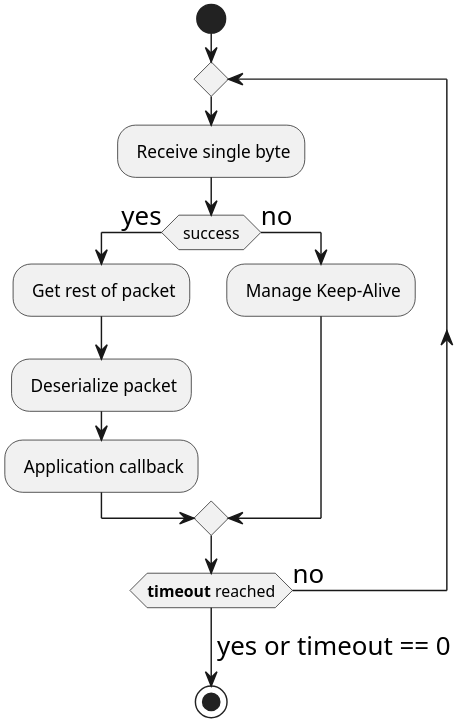
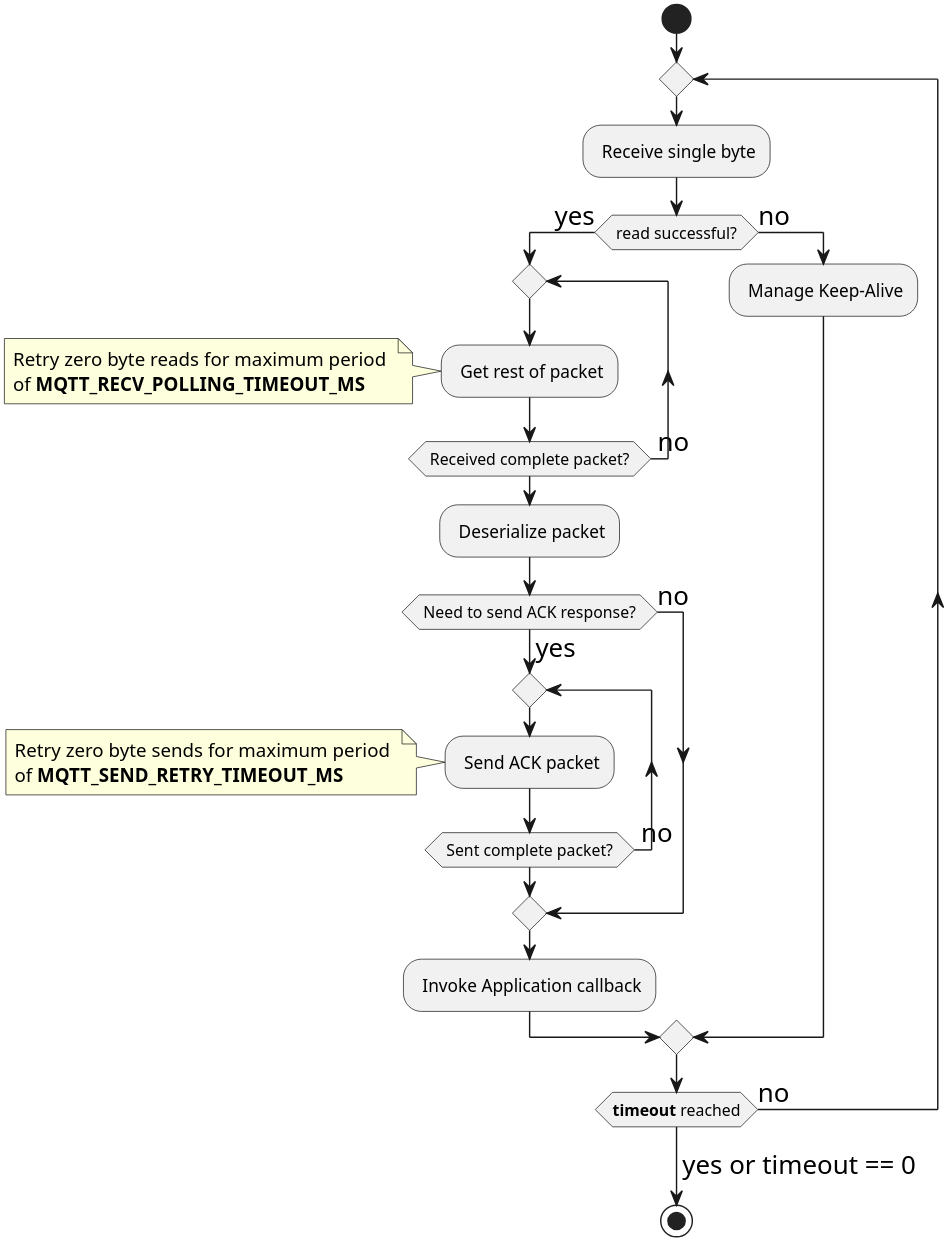
One commit to FreeRTOS/coreMQTT changed the diagram in docs/plantuml/mqtt_processloop_design.pu. Above: the diagram before and after it, drawn with PlantUML. The commit also changed 6 other files, not shown here.

```diff
--- a/docs/plantuml/mqtt_processloop_design.pu
+++ b/docs/plantuml/mqtt_processloop_design.pu
@@ -1,22 +1,32 @@
 @startuml
 skinparam dpi 300
 skinparam ArrowFontSize 18
 
 start
 
 repeat
 	: Receive single byte;
-    if( success ) then (yes)
-     	: Get rest of packet;
+    if( read successful? ) then (yes)
+    	repeat 
+     		: Get rest of packet;
+            note left: Retry zero byte reads for maximum period \nof **MQTT_RECV_POLLING_TIMEOUT_MS**
+        repeat while( Received complete packet? ) is ( no )
     	: Deserialize packet;
-        : Application callback;
+        if ( Need to send ACK response? ) then (yes)
+            repeat 
+            	: Send ACK packet;
+                note left: Retry zero byte sends for maximum period \nof **MQTT_SEND_RETRY_TIMEOUT_MS**
+            repeat while( Sent complete packet? ) is ( no )
+        else (no)
+        endif
+        : Invoke Application callback;
     else (no)
     	: Manage Keep-Alive;
     endif
 
 repeat while (**timeout** reached) is (no)
 -> yes or timeout == 0;
 
 stop
 
 @enduml
```
